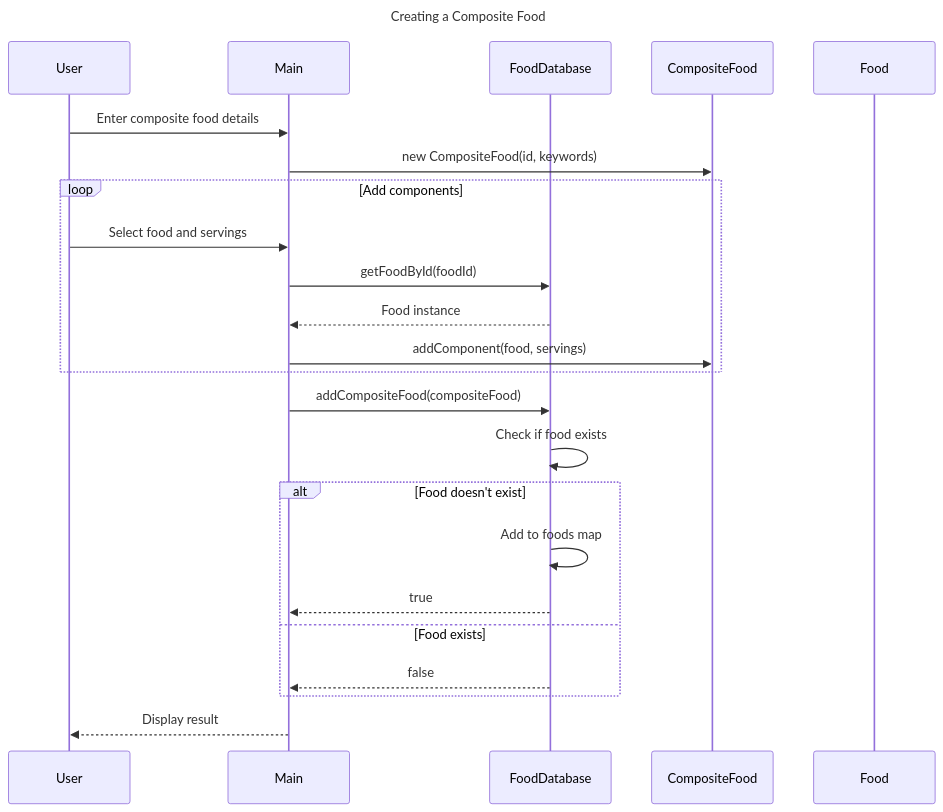
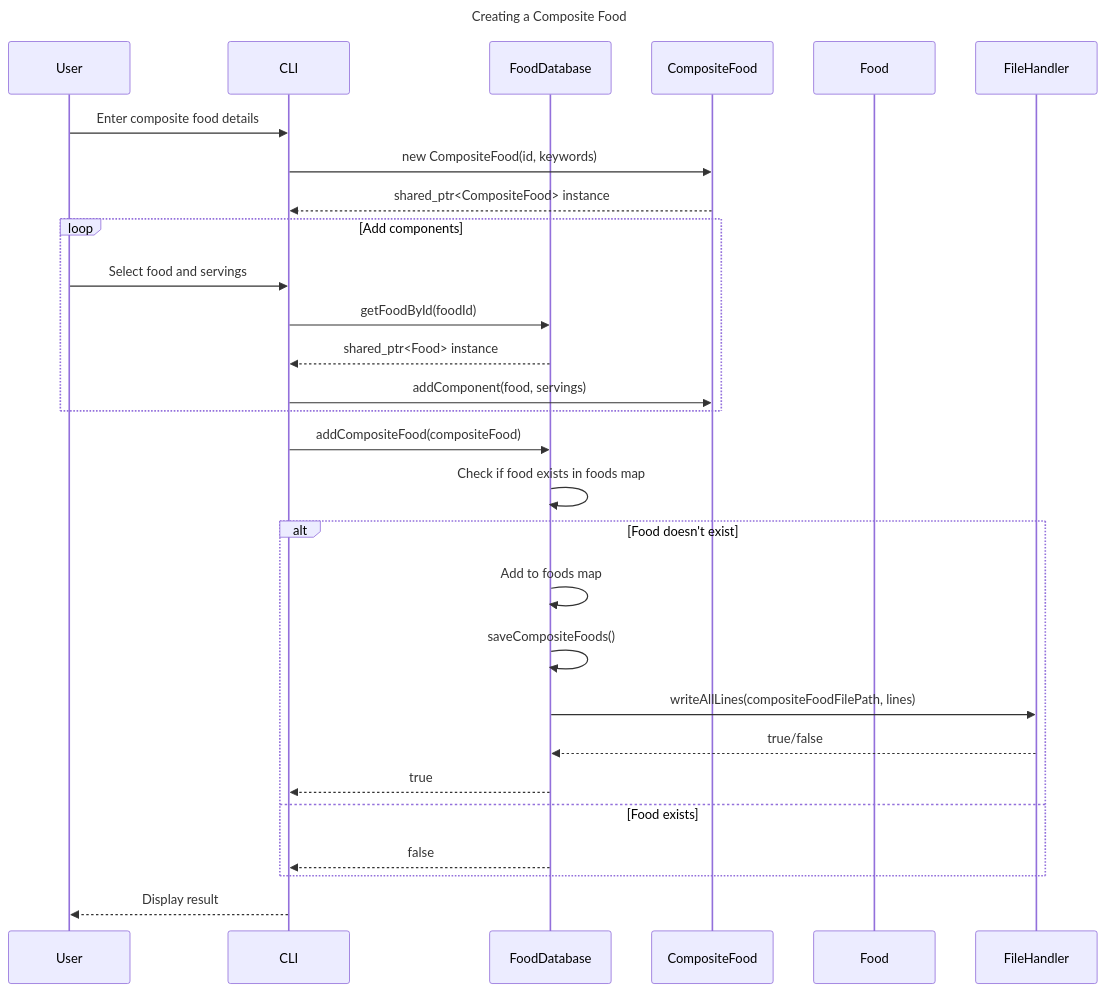
The second of 5 diagrams in docs/sequences.md (SANS-Surya-o/Diet-Manager-OOPS-Project), drawn with Mermaid before and after one commit. The commit also changed other lines of this file and 5 other files, not shown here.

````diff
--- a/docs/sequences.md
+++ b/docs/sequences.md
@@ -26,28 +30,33 @@
 ```mermaid
 sequenceDiagram
     participant User
-    participant Main
+    participant CLI
     participant FoodDatabase
     participant CompositeFood
     participant Food
+    participant FileHandler
 
     title Creating a Composite Food
 
-    User->>Main: Enter composite food details
-    Main->>CompositeFood: new CompositeFood(id, keywords)
+    User->>CLI: Enter composite food details
+    CLI->>CompositeFood: new CompositeFood(id, keywords)
+    CompositeFood-->>CLI: shared_ptr<CompositeFood> instance
     loop Add components
-        User->>Main: Select food and servings
-        Main->>FoodDatabase: getFoodById(foodId)
-        FoodDatabase-->>Main: Food instance
-        Main->>CompositeFood: addComponent(food, servings)
+        User->>CLI: Select food and servings
+        CLI->>FoodDatabase: getFoodById(foodId)
+        FoodDatabase-->>CLI: shared_ptr<Food> instance
+        CLI->>CompositeFood: addComponent(food, servings)
     end
-    Main->>FoodDatabase: addCompositeFood(compositeFood)
-    FoodDatabase->>FoodDatabase: Check if food exists
+    CLI->>FoodDatabase: addCompositeFood(compositeFood)
+    FoodDatabase->>FoodDatabase: Check if food exists in foods map
     alt Food doesn't exist
         FoodDatabase->>FoodDatabase: Add to foods map
-        FoodDatabase-->>Main: true
+        FoodDatabase->>FoodDatabase: saveCompositeFoods()
+        FoodDatabase->>FileHandler: writeAllLines(compositeFoodFilePath, lines)
+        FileHandler-->>FoodDatabase: true/false
+        FoodDatabase-->>CLI: true
     else Food exists
-        FoodDatabase-->>Main: false
+        FoodDatabase-->>CLI: false
     end
-    Main-->>User: Display result
+    CLI-->>User: Display result
 ```
````
